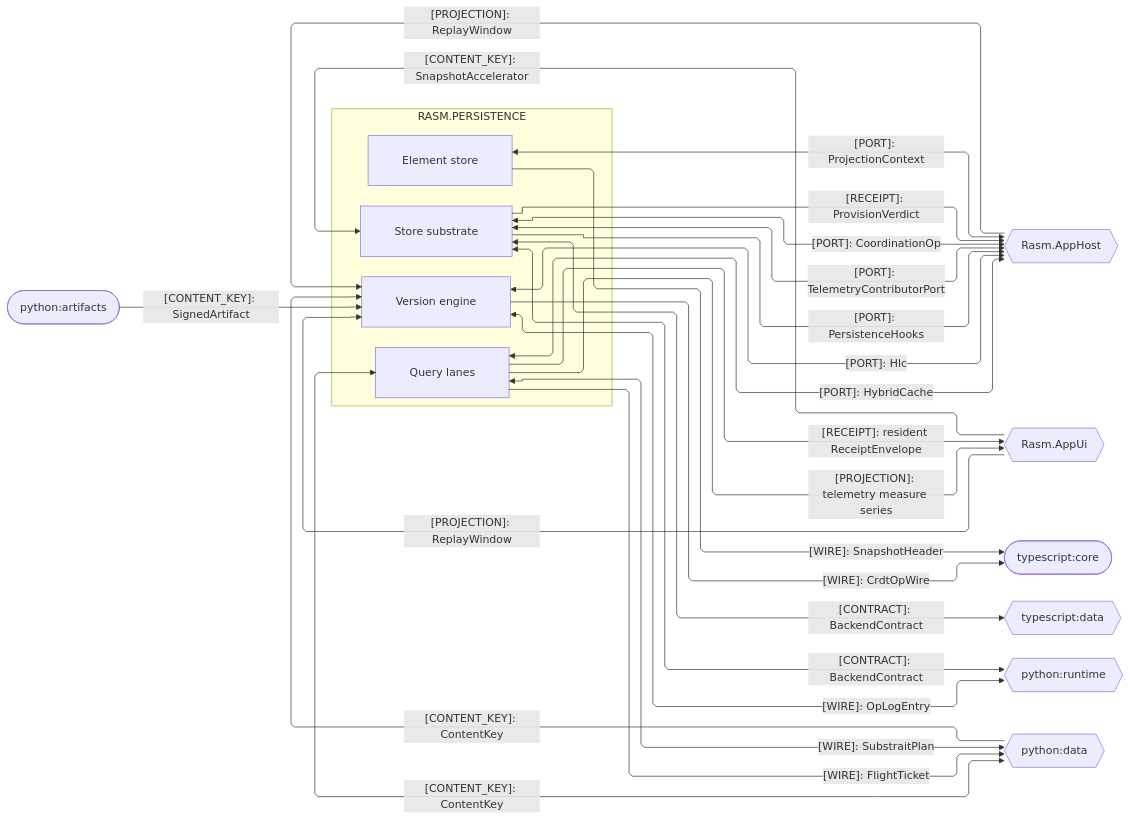
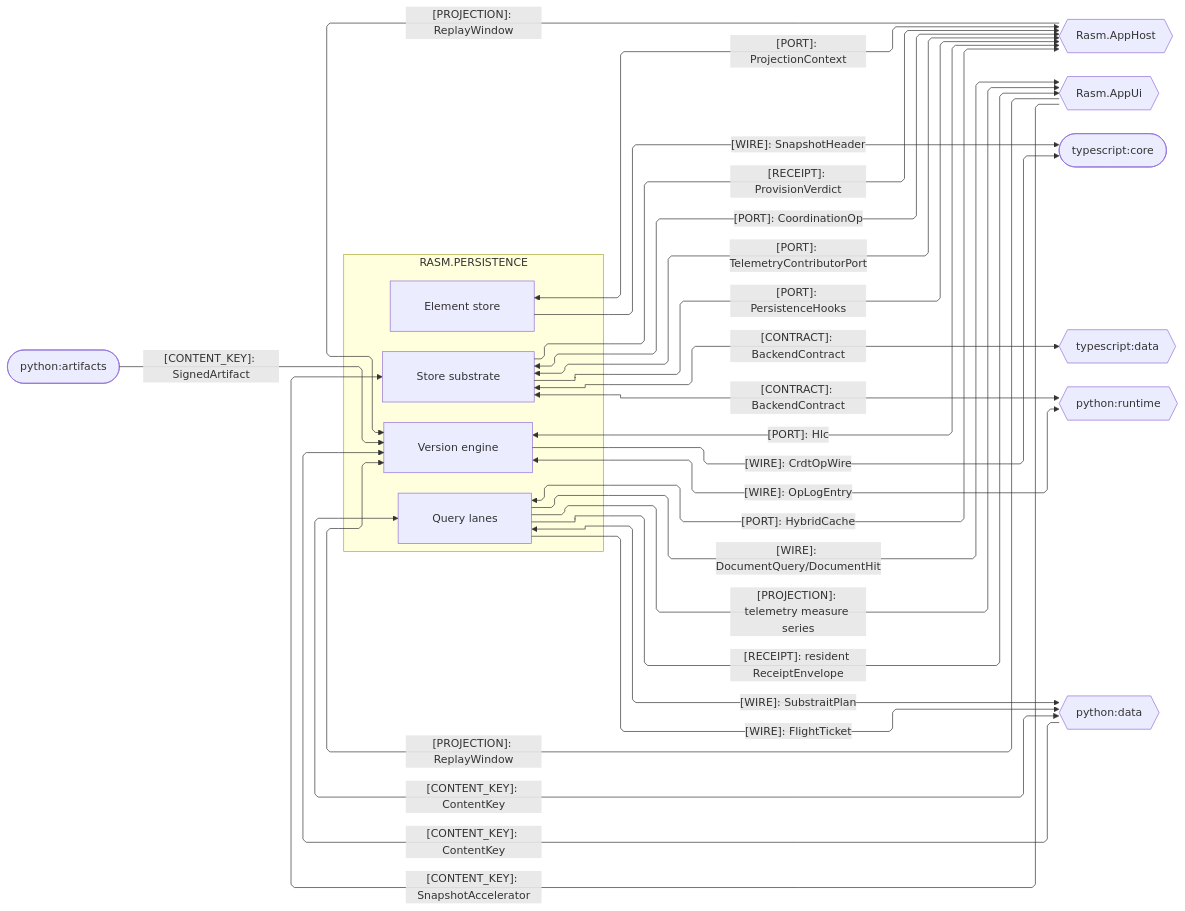
Before and after one commit to bsamiee/Rasm: the third of 4 diagrams in libs/csharp/Rasm.Persistence/ARCHITECTURE.md, drawn with Mermaid. The commit also changed 138 other files, not shown here.

````diff
--- a/libs/csharp/Rasm.Persistence/ARCHITECTURE.md
+++ b/libs/csharp/Rasm.Persistence/ARCHITECTURE.md
@@ -149,47 +149,48 @@
 ```mermaid
 ---
 config:
   layout: elk
   flowchart:
     curve: linear
     padding: 25
 ---
 flowchart LR
     accTitle: Persistence platform and cross-runtime seams
     accDescr: Persistence sub-domain owners exchanging ports, wires, projections, receipts, content keys, and contracts with the app host, the app UI, and the Python and TypeScript runtimes, one edge per kind.
     subgraph persistence[RASM.PERSISTENCE]
         Element[Element store]
         Version[Version engine]
         Query[Query lanes]
         Store[Store substrate]
     end
     AppHost{{Rasm.AppHost}}
     AppUi{{Rasm.AppUi}}
     Core([typescript:core])
     TsData{{typescript:data}}
     Runtime{{python:runtime}}
     Data{{python:data}}
     Artifacts([python:artifacts])
     Element e1@-->|"[WIRE]: SnapshotHeader"| Core
     Version e2@-->|"[WIRE]: CrdtOpWire"| Core
     Version e3@<-->|"[WIRE]: OpLogEntry"| Runtime
     Artifacts e4@-->|"[CONTENT_KEY]: SignedArtifact"| Version
     Data e5@-->|"[CONTENT_KEY]: ContentKey"| Version
     Query e6@<-->|"[WIRE]: SubstraitPlan"| Data
     Query e16@-->|"[WIRE]: FlightTicket"| Data
     Data e17@<-->|"[CONTENT_KEY]: ContentKey"| Query
     Element e7@<-->|"[PORT]: ProjectionContext"| AppHost
     Version e8@<-->|"[PORT]: Hlc"| AppHost
     AppHost e9@-->|"[PROJECTION]: ReplayWindow"| Version
     Query e11@<-->|"[PORT]: HybridCache"| AppHost
     Store e12@<-->|"[PORT]: CoordinationOp"| AppHost
     Store e18@<-->|"[PORT]: TelemetryContributorPort"| AppHost
     Store e19@-->|"[PORT]: PersistenceHooks"| AppHost
     Store e13@-->|"[RECEIPT]: ProvisionVerdict"| AppHost
     Store e22@<-->|"[CONTRACT]: BackendContract"| Runtime
     Store e23@<-->|"[CONTRACT]: BackendContract"| TsData
     AppUi e14@-->|"[PROJECTION]: ReplayWindow"| Version
     AppUi e15@-->|"[CONTENT_KEY]: SnapshotAccelerator"| Store
     Query e24@-->|"[PROJECTION]: telemetry measure series"| AppUi
     Query e25@-->|"[RECEIPT]: resident ReceiptEnvelope"| AppUi
+    Query e26@-->|"[WIRE]: DocumentQuery/DocumentHit"| AppUi
 ```
````
